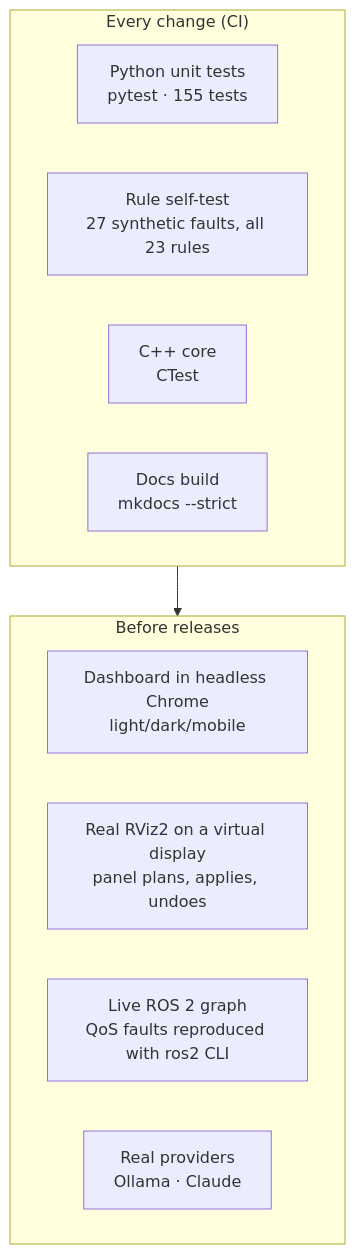
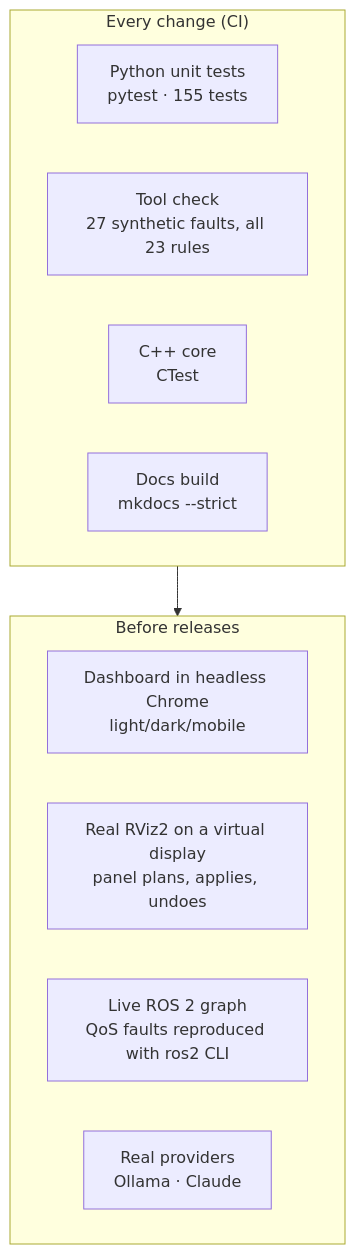
The diagram in docs/architecture/quality.md (Animesh2507/dds-autodiag), drawn with Mermaid before and after one commit. The commit also changed other lines of this file and 44 other files, not shown here.

Commit message:
Dashboard: name the transport pair, add live rule check, and document the lab fleet.

````diff
--- a/docs/architecture/quality.md
+++ b/docs/architecture/quality.md
@@ -5,16 +5,16 @@
 ```mermaid
 flowchart TB
     subgraph fast["Every change (CI)"]
         unit["Python unit tests<br/>pytest · 155 tests"]
-        fixtures["Rule self-test<br/>27 synthetic faults, all 23 rules"]
+        fixtures["Tool check<br/>27 synthetic faults, all 23 rules"]
         cpp["C++ core<br/>CTest"]
         docs["Docs build<br/>mkdocs --strict"]
     end
     subgraph manual["Before releases"]
         ui["Dashboard in headless Chrome<br/>light/dark/mobile"]
         rviz["Real RViz2 on a virtual display<br/>panel plans, applies, undoes"]
         live["Live ROS 2 graph<br/>QoS faults reproduced with ros2 CLI"]
         ai["Real providers<br/>Ollama · Claude"]
     end
     fast --> manual
 ```
````
